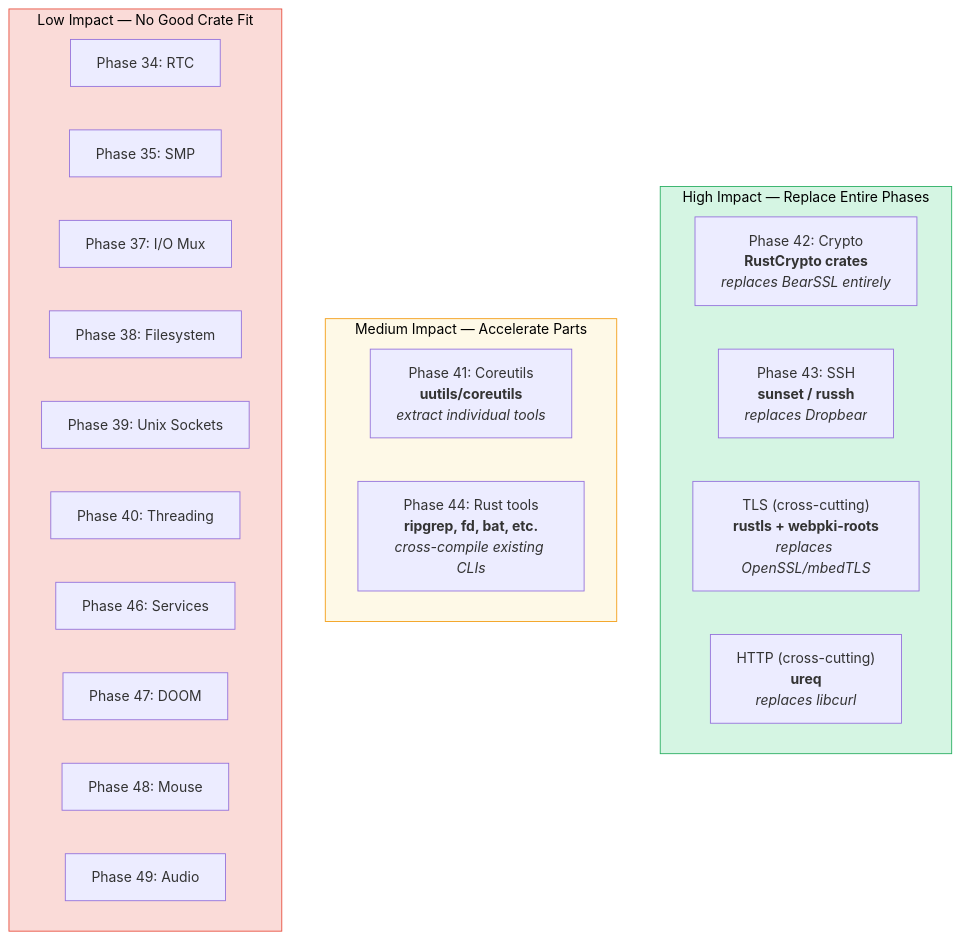
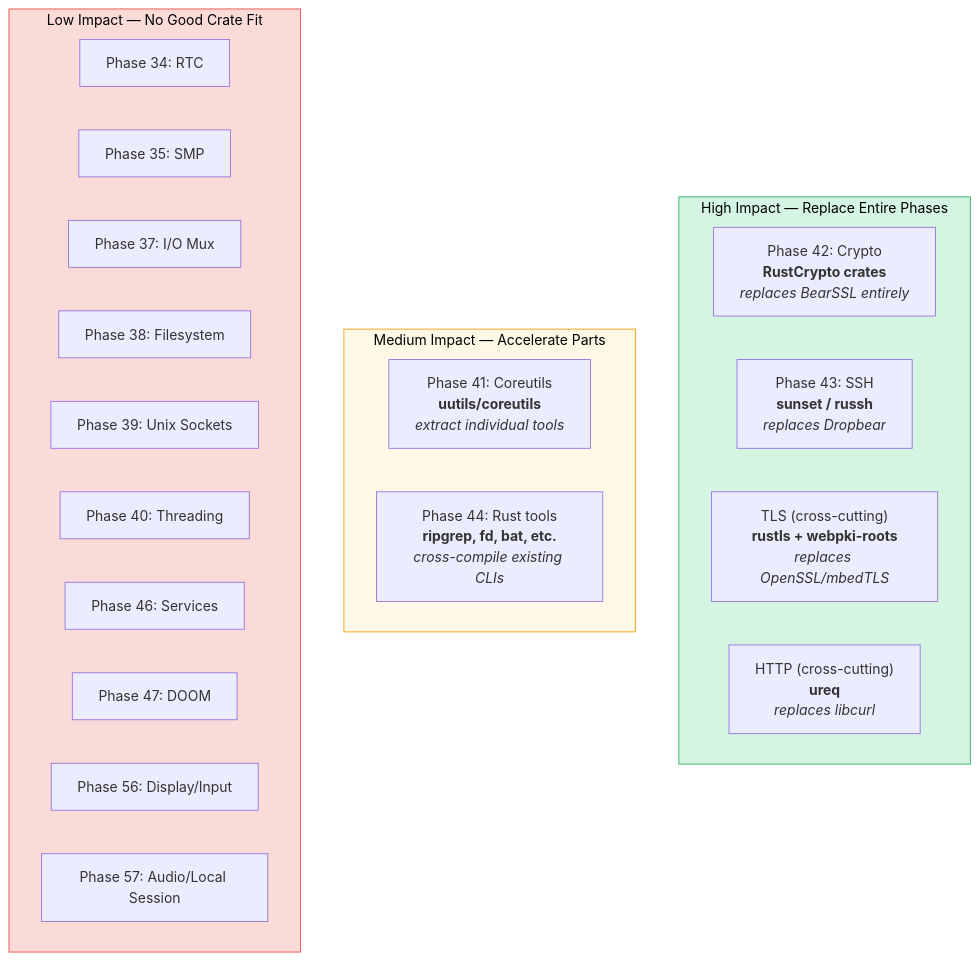
The first of 5 diagrams in docs/rust-crate-acceleration.md (mikecubed/m3OS), drawn with Mermaid before and after one commit. The commit also changed other lines of this file and 51 other files, not shown here.

````diff
--- a/docs/rust-crate-acceleration.md
+++ b/docs/rust-crate-acceleration.md
@@ -11,31 +11,31 @@
 ```mermaid
 flowchart TD
     subgraph HIGH ["High Impact — Replace Entire Phases"]
         CRYPTO["Phase 42: Crypto<br/><b>RustCrypto crates</b><br/><i>replaces BearSSL entirely</i>"]
         SSH["Phase 43: SSH<br/><b>sunset / russh</b><br/><i>replaces Dropbear</i>"]
         TLS["TLS (cross-cutting)<br/><b>rustls + webpki-roots</b><br/><i>replaces OpenSSL/mbedTLS</i>"]
         HTTP["HTTP (cross-cutting)<br/><b>ureq</b><br/><i>replaces libcurl</i>"]
     end
 
     subgraph MEDIUM ["Medium Impact — Accelerate Parts"]
         COREUTILS["Phase 41: Coreutils<br/><b>uutils/coreutils</b><br/><i>extract individual tools</i>"]
         UTILS["Phase 44: Rust tools<br/><b>ripgrep, fd, bat, etc.</b><br/><i>cross-compile existing CLIs</i>"]
     end
 
     subgraph LOW ["Low Impact — No Good Crate Fit"]
         RTC["Phase 34: RTC"]
         SMP["Phase 35: SMP"]
         IO["Phase 37: I/O Mux"]
         FS["Phase 38: Filesystem"]
         UNIX["Phase 39: Unix Sockets"]
         THREAD["Phase 40: Threading"]
         SVC["Phase 46: Services"]
         DOOM["Phase 47: DOOM"]
-        MOUSE["Phase 48: Mouse"]
-        AUDIO["Phase 49: Audio"]
+        DISP["Phase 56: Display/Input"]
+        AUDIO["Phase 57: Audio/Local Session"]
     end
 
     style HIGH fill:#d5f5e3,stroke:#27ae60,color:#000
     style MEDIUM fill:#fef9e7,stroke:#f39c12,color:#000
     style LOW fill:#fadbd8,stroke:#e74c3c,color:#000
 ```
````
